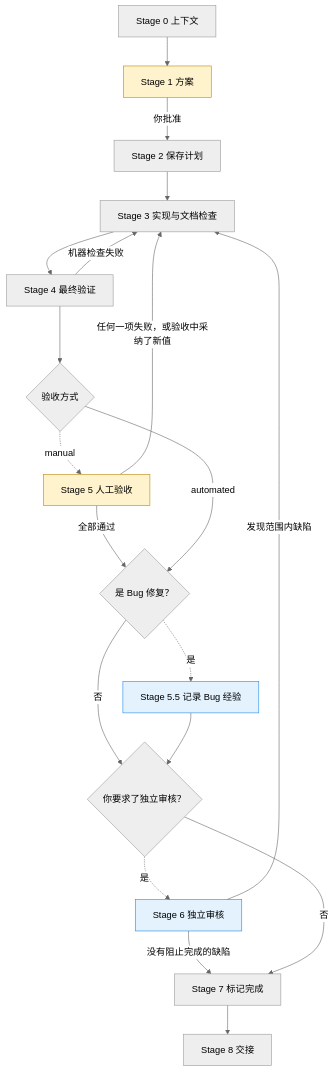
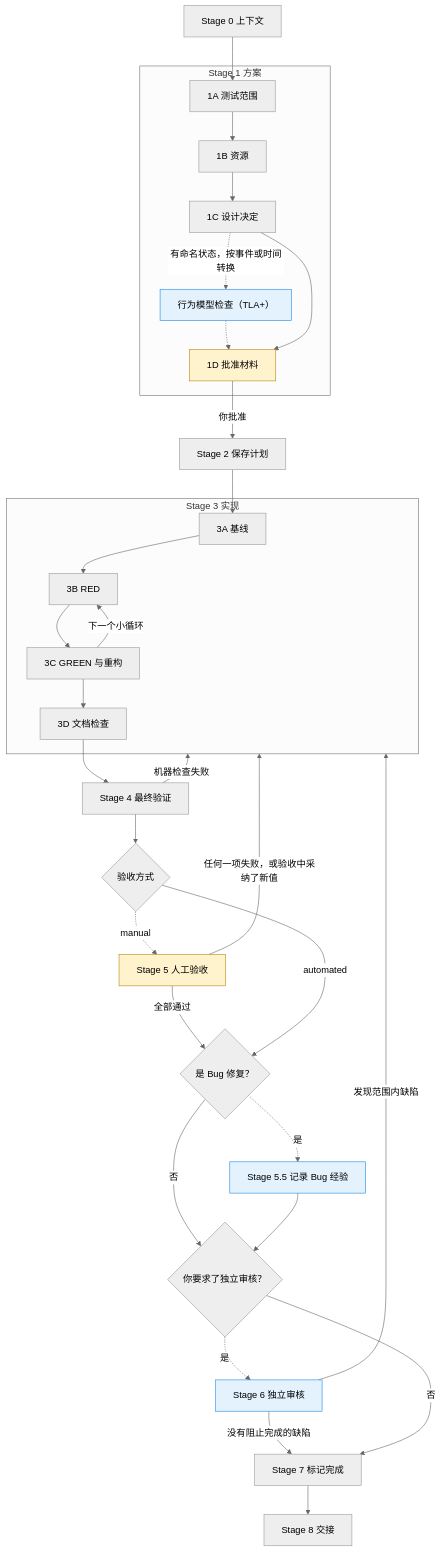
One commit to yxy823/Game_idle_yaya_frame changed the first of 2 diagrams in framework/godot-project-manual/requirements-and-tasks/feature-lifecycle.md. Above: the diagram before and after it, drawn with Mermaid (neutral theme).

Commit message:
docs(manual): Feature 执行阶段图展开 Stage 1 和 Stage 3 的子步骤
Stage 1 画出 1A 到 1D，1C 在有命名状态、按事件或时间转换时走行为模型检查；Stage 3 画出 3A 基线、3B RED、3C GREEN 与重构和 3D 文档检查。首页的执行阶段图取自这里。

````diff
--- a/framework/godot-project-manual/requirements-and-tasks/feature-lifecycle.md
+++ b/framework/godot-project-manual/requirements-and-tasks/feature-lifecycle.md
@@ -45,28 +45,41 @@
 ```mermaid
 flowchart TD
-    s0["Stage 0 上下文"] --> s1["Stage 1 方案"]
-    s1 -->|你批准| s2["Stage 2 保存计划"]
-    s2 --> s3["Stage 3 实现与文档检查"]
-    s3 --> s4["Stage 4 最终验证"]
+    s0["Stage 0 上下文"] --> s1a
+    subgraph s1["Stage 1 方案"]
+        s1a["1A 测试范围"] --> s1b["1B 资源"]
+        s1b --> s1c["1C 设计决定"]
+        s1c -.->|有命名状态，按事件或时间转换| model["行为模型检查（TLA+）"]
+        model -.-> s1d
+        s1c --> s1d["1D 批准材料"]
+    end
+    s1d -->|你批准| s2["Stage 2 保存计划"]
+    s2 --> s3a
+    subgraph s3["Stage 3 实现"]
+        s3a["3A 基线"] --> s3b["3B RED"]
+        s3b --> s3c["3C GREEN 与重构"]
+        s3c -->|下一个小循环| s3b
+        s3c --> s3d["3D 文档检查"]
+    end
+    s3d --> s4["Stage 4 最终验证"]
     s4 -->|机器检查失败| s3
     s4 --> mode{"验收方式"}
     mode -.->|manual| s5["Stage 5 人工验收"]
     s5 -->|任何一项失败，或验收中采纳了新值| s3
     bug{"是 Bug 修复？"}
     s5 -->|全部通过| bug
     mode -->|automated| bug
     bug -.->|是| s55["Stage 5.5 记录 Bug 经验"]
     review{"你要求了独立审核？"}
     bug -->|否| review
     s55 --> review
     review -.->|是| s6["Stage 6 独立审核"]
     s6 -->|发现范围内缺陷| s3
     s7["Stage 7 标记完成"]
     s6 -->|没有阻止完成的缺陷| s7
     review -->|否| s7
     s7 --> s8["Stage 8 交接"]
     classDef stop fill:#fff3cd,stroke:#b8860b,color:#000
     classDef optional fill:#e3f2fd,stroke:#1e88e5,color:#000
-    class s1,s5 stop
-    class s55,s6 optional
+    class s1d,s5 stop
+    class model,s55,s6 optional
 ```
````
